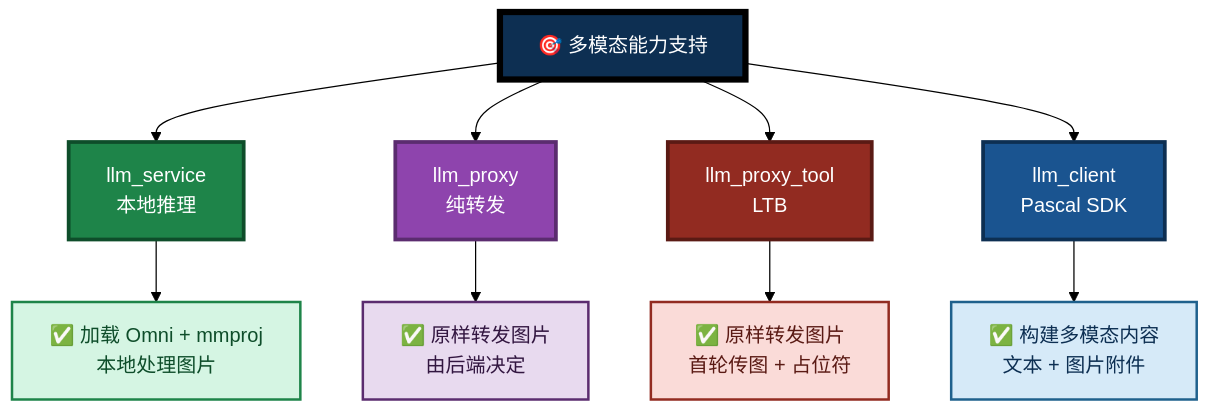
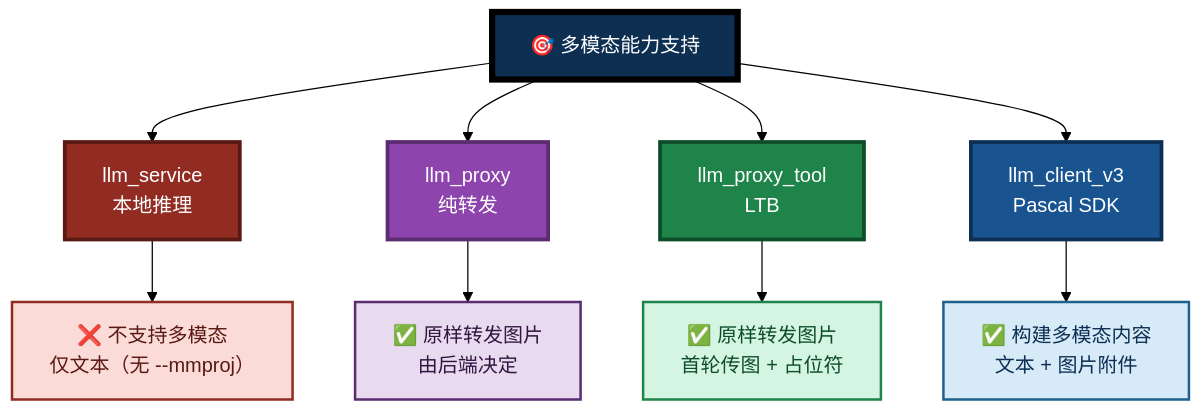
One commit to PassByYou888/LingoFuse-pasAgent-v3 changed diagram 11 of 16 in NVIDIA-Nemotron-3-Nano-Omni-30B-A3B-Reasoning-UD-IQ4_XS.md. Above: the diagram before and after it, drawn with Mermaid (forest theme). The commit also changed other lines of this file, not shown here.

````diff
--- a/NVIDIA-Nemotron-3-Nano-Omni-30B-A3B-Reasoning-UD-IQ4_XS.md
+++ b/NVIDIA-Nemotron-3-Nano-Omni-30B-A3B-Reasoning-UD-IQ4_XS.md
@@ -517,24 +543,24 @@
 ```mermaid
 flowchart TB
     ROOT["🎯 多模态能力支持"]
 
     ROOT --> A["llm_service<br/>本地推理"]
     ROOT --> B["llm_proxy<br/>纯转发"]
     ROOT --> C["llm_proxy_tool<br/>LTB"]
-    ROOT --> D["llm_client<br/>Pascal SDK"]
+    ROOT --> D["llm_client_v3<br/>Pascal SDK"]
 
-    A --> A1["✅ 加载 Omni + mmproj<br/>本地处理图片"]
+    A --> A1["❌ 不支持多模态<br/>仅文本（无 --mmproj）"]
     B --> B1["✅ 原样转发图片<br/>由后端决定"]
     C --> C1["✅ 原样转发图片<br/>首轮传图 + 占位符"]
     D --> D1["✅ 构建多模态内容<br/>文本 + 图片附件"]
 
     style ROOT fill:#0D2F52,stroke:#000000,stroke-width:5px,color:#FFFFFF
-    style A fill:#1E8449,stroke:#0E4D2A,stroke-width:3px,color:#FFFFFF
+    style A fill:#922B21,stroke:#5A1A14,stroke-width:3px,color:#FFFFFF
     style B fill:#8E44AD,stroke:#5B2C6F,stroke-width:3px,color:#FFFFFF
-    style C fill:#922B21,stroke:#5A1A14,stroke-width:3px,color:#FFFFFF
+    style C fill:#1E8449,stroke:#0E4D2A,stroke-width:3px,color:#FFFFFF
     style D fill:#1A5490,stroke:#0D2F52,stroke-width:3px,color:#FFFFFF
-    style A1 fill:#D5F5E3,stroke:#1E8449,stroke-width:2px,color:#0E4D2A
+    style A1 fill:#FADBD8,stroke:#922B21,stroke-width:2px,color:#5A1A14
     style B1 fill:#E8DAEF,stroke:#5B2C6F,stroke-width:2px,color:#321640
-    style C1 fill:#FADBD8,stroke:#922B21,stroke-width:2px,color:#5A1A14
+    style C1 fill:#D5F5E3,stroke:#1E8449,stroke-width:2px,color:#0E4D2A
     style D1 fill:#D6EAF8,stroke:#1F618D,stroke-width:2px,color:#0D2F52
 ```
````
